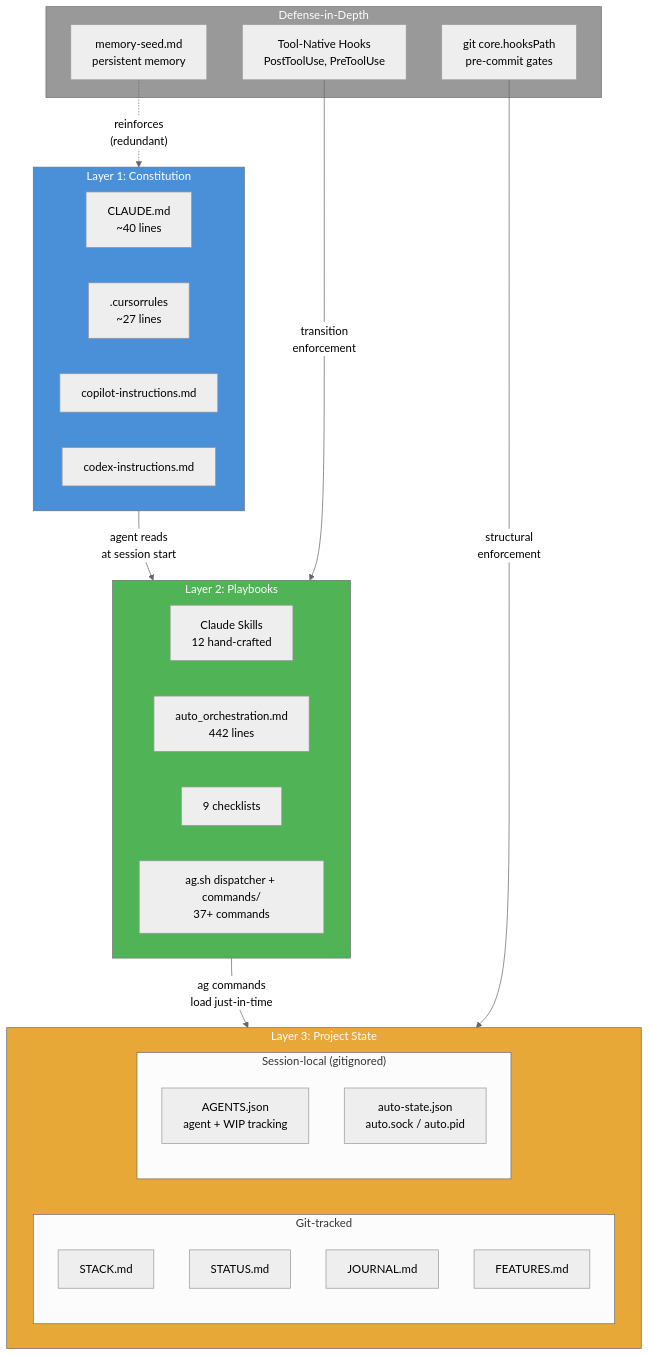
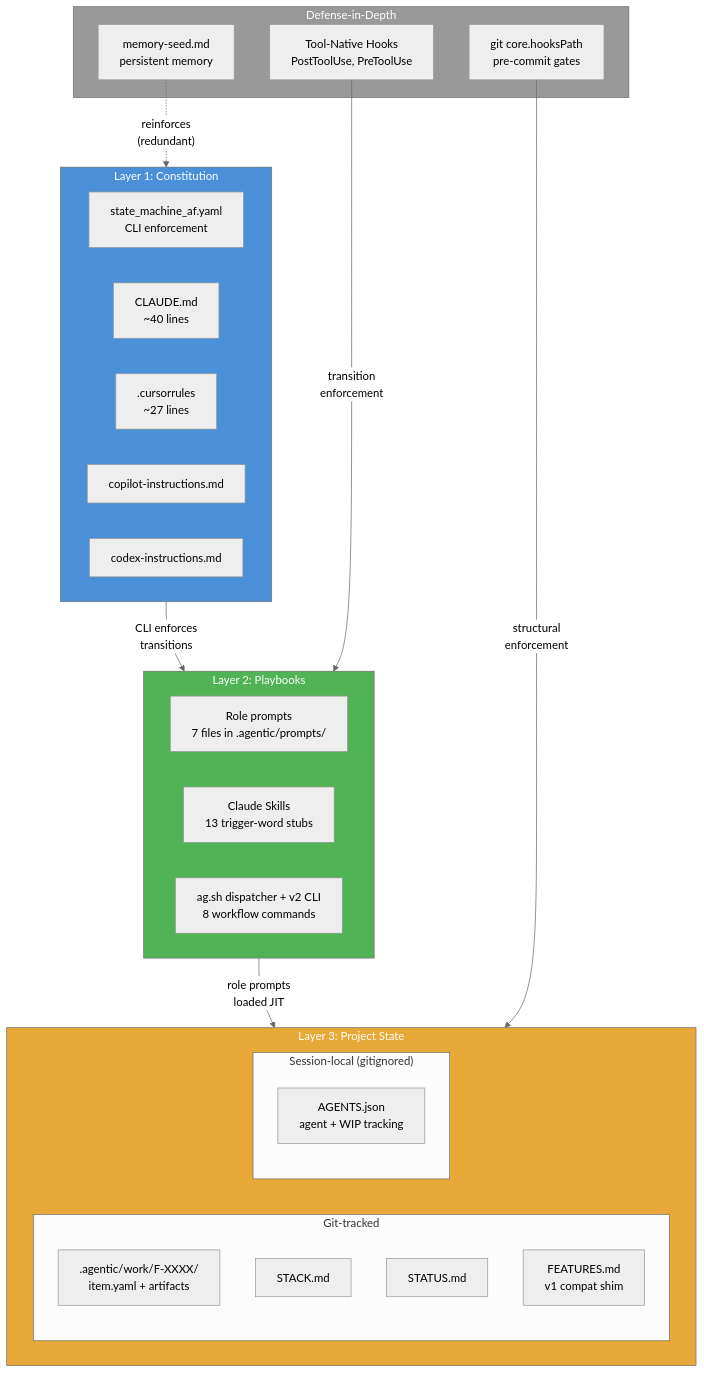
Before and after one commit to tomgun/agentic-framework: the diagram in docs/INSTRUCTION_ARCHITECTURE.md, drawn with Mermaid (neutral theme). The commit also changed other lines of this file and 4 other files, not shown here.

First line of the commit message:
docs(v2): Phase 3E — update framework docs for v2 architecture

````diff
--- a/docs/INSTRUCTION_ARCHITECTURE.md
+++ b/docs/INSTRUCTION_ARCHITECTURE.md
@@ -38,46 +40,45 @@
 ```mermaid
 graph TB
     subgraph L1["Layer 1: Constitution"]
+        SM[state_machine_af.yaml<br/>CLI enforcement]
         CLAUDE[CLAUDE.md<br/>~40 lines]
         CURSOR[.cursorrules<br/>~27 lines]
         COPILOT[copilot-instructions.md]
         CODEX[codex-instructions.md]
     end
 
     subgraph L2["Layer 2: Playbooks"]
-        SKILLS[Claude Skills<br/>12 hand-crafted]
-        AUTO_ORCH[auto_orchestration.md<br/>442 lines]
-        CHECKLISTS[9 checklists]
-        AG[ag.sh dispatcher + commands/<br/>37+ commands]
+        ROLE_PROMPTS[Role prompts<br/>7 files in .agentic/prompts/]
+        SKILLS[Claude Skills<br/>13 trigger-word stubs]
+        AG[ag.sh dispatcher + v2 CLI<br/>8 workflow commands]
     end
 
     subgraph L3["Layer 3: Project State"]
         subgraph GIT_TRACKED["Git-tracked"]
+            WORK_ITEMS[.agentic/work/F-XXXX/<br/>item.yaml + artifacts]
             STACK[STACK.md]
             STATUS[STATUS.md]
-            JOURNAL[JOURNAL.md]
-            FEATURES[FEATURES.md]
+            FEATURES[FEATURES.md<br/>v1 compat shim]
         end
         subgraph SESSION["Session-local (gitignored)"]
             AGENTS_JSON[AGENTS.json<br/>agent + WIP tracking]
-            AUTO_STATE[auto-state.json<br/>auto.sock / auto.pid]
         end
     end
 
     subgraph DEFENSE["Defense-in-Depth"]
         MEMORY[memory-seed.md<br/>persistent memory]
         GIT_HOOKS[git core.hooksPath<br/>pre-commit gates]
         TOOL_HOOKS[Tool-Native Hooks<br/>PostToolUse, PreToolUse]
     end
 
-    L1 -->|"agent reads<br/>at session start"| L2
-    L2 -->|"ag commands<br/>load just-in-time"| L3
+    L1 -->|"CLI enforces<br/>transitions"| L2
+    L2 -->|"role prompts<br/>loaded JIT"| L3
     GIT_HOOKS -->|"structural<br/>enforcement"| L3
     TOOL_HOOKS -->|"transition<br/>enforcement"| L2
     MEMORY -.->|"reinforces<br/>(redundant)"| L1
 
     style L1 fill:#4a90d9,color:#fff
     style L2 fill:#50b356,color:#fff
     style L3 fill:#e8a838,color:#fff
     style DEFENSE fill:#999,color:#fff
 ```
````
